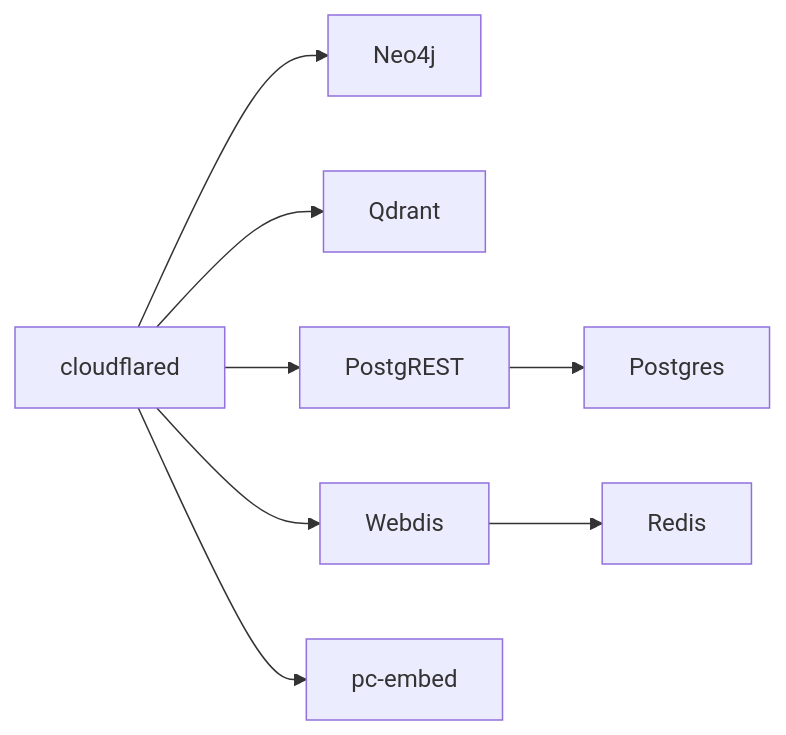
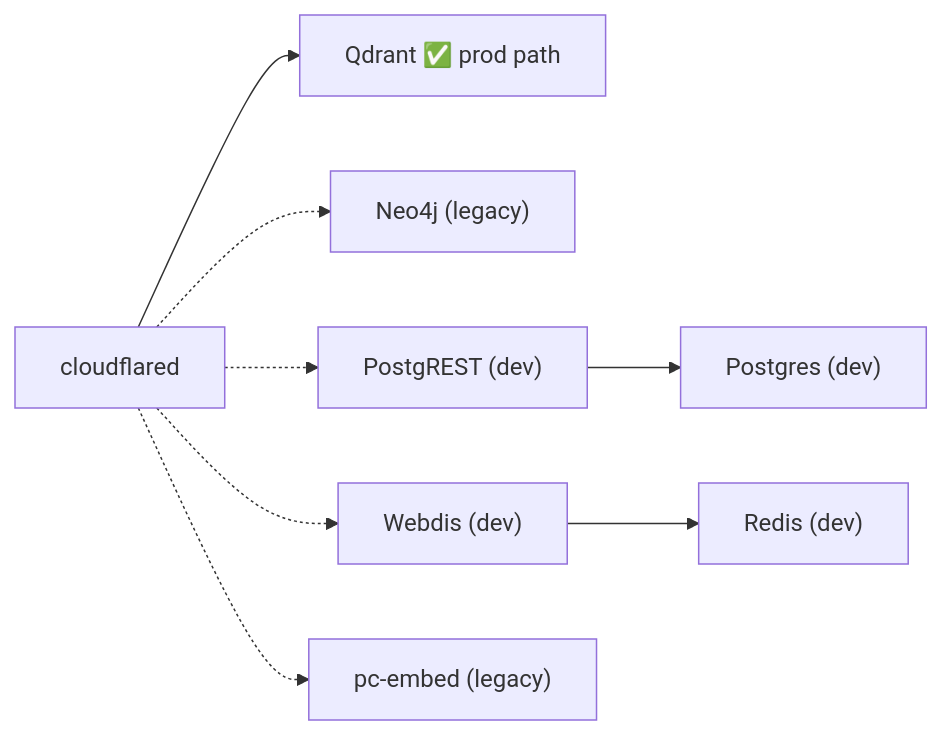
One commit to shiftbloom-studio/open-hallucination-index changed the third of 3 diagrams in docs/CURRENT_ARCHITECTURE.md. Above: the diagram before and after it, drawn with Mermaid. The commit also changed other lines of this file and 4 other files, not shown here.

````diff
--- a/docs/CURRENT_ARCHITECTURE.md
+++ b/docs/CURRENT_ARCHITECTURE.md
@@ -139,20 +186,20 @@
 ```mermaid
 flowchart LR
     tunnel["cloudflared"]
-    neo4j["Neo4j"]
-    qdrant["Qdrant"]
-    postgres["Postgres"]
-    postgrest["PostgREST"]
-    redis["Redis"]
-    webdis["Webdis"]
-    embed["pc-embed"]
+    qdrant["Qdrant ✅ prod path"]
+    neo4j["Neo4j (legacy)"]
+    postgres["Postgres (dev)"]
+    postgrest["PostgREST (dev)"]
+    redis["Redis (dev)"]
+    webdis["Webdis (dev)"]
+    embed["pc-embed (legacy)"]
 
-    tunnel --> neo4j
     tunnel --> qdrant
-    tunnel --> postgrest
-    tunnel --> webdis
-    tunnel --> embed
+    tunnel -.-> neo4j
+    tunnel -.-> postgrest
+    tunnel -.-> webdis
+    tunnel -.-> embed
 
     postgrest --> postgres
     webdis --> redis
 ```
````
